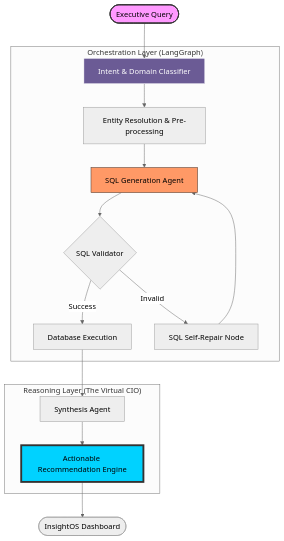
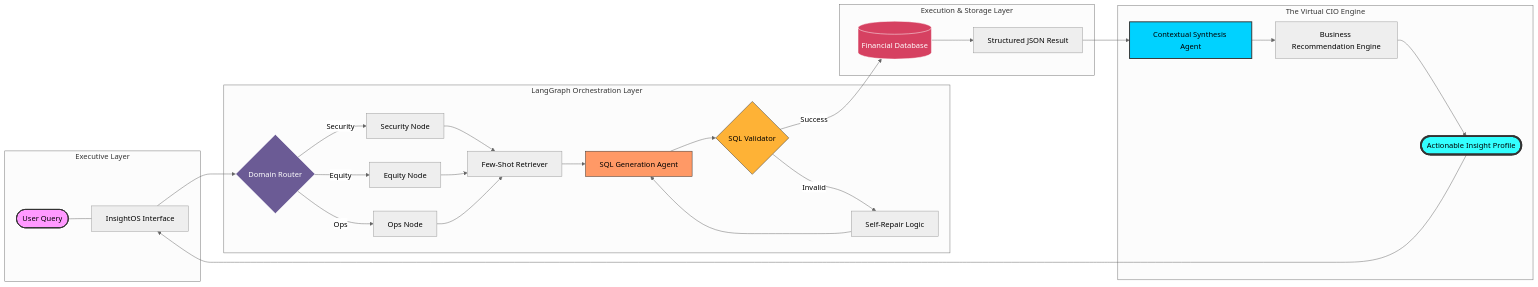
The diagram in README.md (JamsheerJabbar/Hackathon_backend_deriv), drawn with Mermaid (neutral theme) before and after one commit. The commit also changed other lines of this file, not shown here.

Commit message:
Enhance Architecture Diagram with detailed system flow

````diff
--- a/README.md
+++ b/README.md
@@ -15,25 +15,40 @@
 ```mermaid
-graph TD
-    User([Executive Query]) --> Intent[Intent & Domain Classifier]
-    
-    subgraph "Orchestration Layer (LangGraph)"
-        Intent --> Resolve[Entity Resolution & Pre-processing]
-        Resolve --> SQLGen[SQL Generation Agent]
-        SQLGen --> Validator{SQL Validator}
-        Validator -- "Success" --> Exec[Database Execution]
-        Validator -- "Invalid" --> Repair[SQL Self-Repair Node]
-        Repair --> SQLGen
+graph LR
+    subgraph Client ["Executive Layer"]
+        A([User Query]) --- B[InsightOS Interface]
     end
 
-    subgraph "Reasoning Layer (The Virtual CIO)"
-        Exec --> Insight[Synthesis Agent]
-        Insight --> CIO[Actionable Recommendation Engine]
+    subgraph Orchestrator ["LangGraph Orchestration Layer"]
+        B --> C{Domain Router}
+        C -- "Security" --> D[Security Node]
+        C -- "Equity" --> E[Equity Node]
+        C -- "Ops" --> F[Ops Node]
+        D & E & F --> G[Few-Shot Retriever]
+        G --> H[SQL Generation Agent]
+        H --> I{SQL Validator}
+        I -- "Invalid" --> J[Self-Repair Logic]
+        J --> H
     end
 
-    CIO --> Result([InsightOS Dashboard])
-    
-    style User fill:#f9f,stroke:#333,stroke-width:2px
-    style CIO fill:#00d2ff,stroke:#333,stroke-width:4px
-    style SQLGen fill:#f96,stroke:#333
-    style Intent fill:#6b5b95,stroke:#fff,color:#fff
+    subgraph Data ["Execution & Storage Layer"]
+        I -- "Success" --> K[(Financial Database)]
+        K --> L[Structured JSON Result]
+    end
+
+    subgraph Reasoning ["The Virtual CIO Engine"]
+        L --> M[Contextual Synthesis Agent]
+        M --> N[Business Recommendation Engine]
+        N --> O([Actionable Insight Profile])
+    end
+
+    O --> B
+
+    %% Styling
+    style A fill:#f9f,stroke:#333,stroke-width:2px
+    style C fill:#6b5b95,stroke:#fff,color:#fff
+    style H fill:#f96,stroke:#333
+    style I fill:#feb236,stroke:#333
+    style K fill:#d64161,stroke:#fff,color:#fff
+    style M fill:#00d2ff,stroke:#333,stroke-width:2px
+    style O fill:#3ff,stroke:#333,stroke-width:4px
 ```
````
